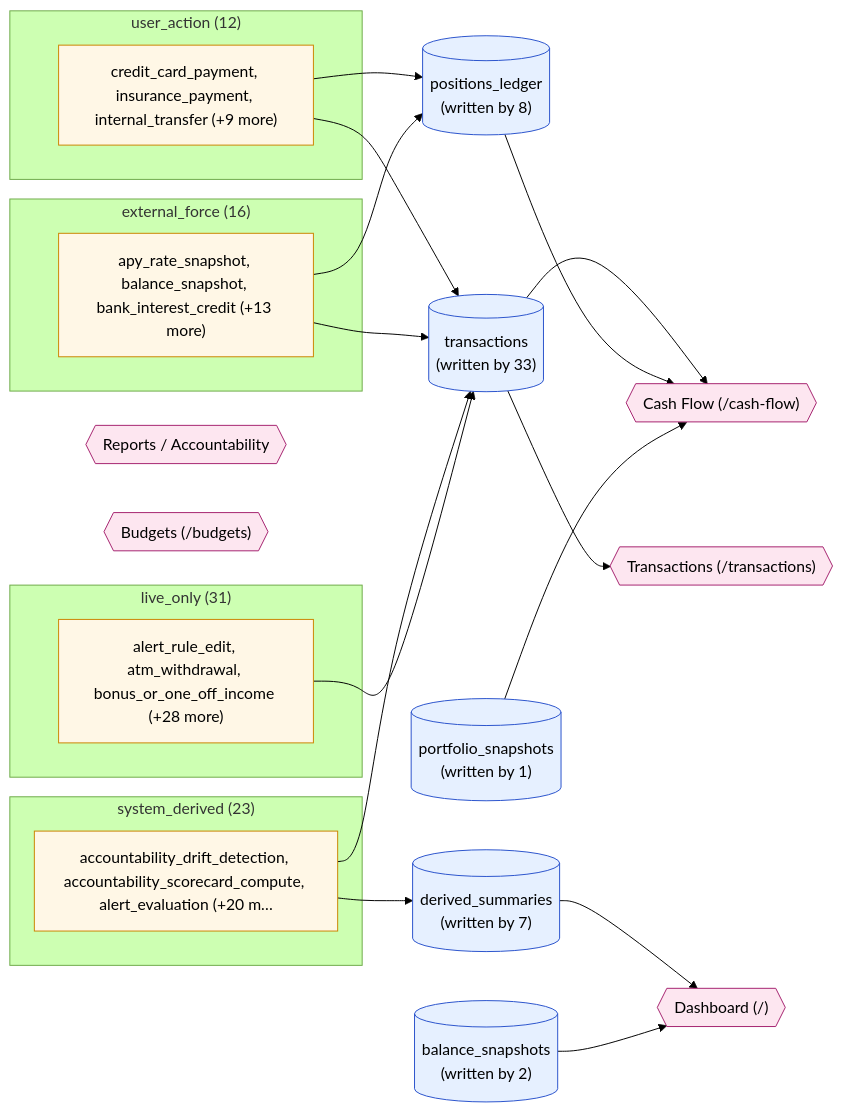
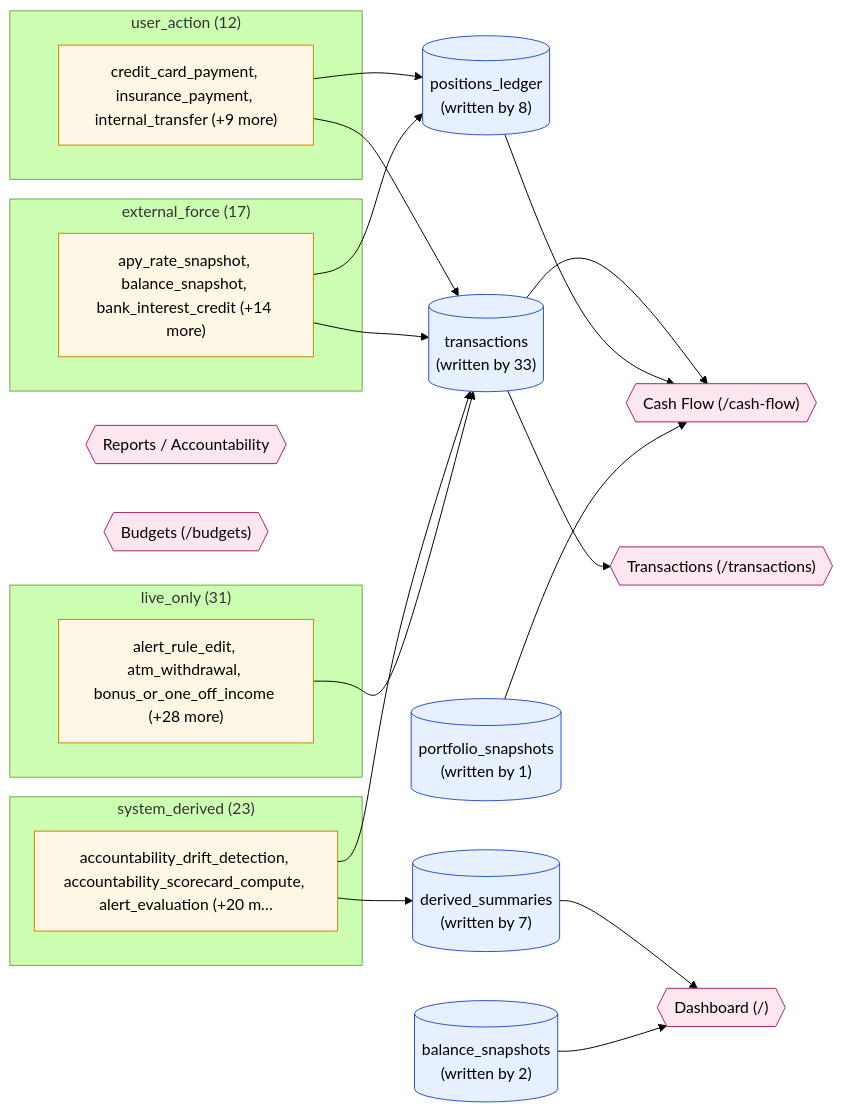
The diagram in docs/data-lineage/diagrams/_overview.mmd (wileyqe/Sentry-Finance), drawn with Mermaid (forest theme) before and after one commit. The commit also changed 31 other files, not shown here.

```diff
--- a/docs/data-lineage/diagrams/_overview.mmd
+++ b/docs/data-lineage/diagrams/_overview.mmd
@@ -1,46 +1,46 @@
 %% Auto-generated by build_diagrams.py — do not edit by hand.
 %% Sentry Finance — Data Lineage Overview (Phase 4)
 %% Four event classes → dominant write tables → top UI surfaces.
 graph LR
   subgraph sg_cls_user_action["user_action  (12)"]
     cls_user_action["credit_card_payment, insurance_payment, internal_transfer (+9 more)"]
   end
-  subgraph sg_cls_external_force["external_force  (16)"]
-    cls_external_force["apy_rate_snapshot, balance_snapshot, bank_interest_credit (+13 more)"]
+  subgraph sg_cls_external_force["external_force  (17)"]
+    cls_external_force["apy_rate_snapshot, balance_snapshot, bank_interest_credit (+14 more)"]
   end
   subgraph sg_cls_system_derived["system_derived  (23)"]
     cls_system_derived["accountability_drift_detection, accountability_scorecard_compute, alert_evaluation (+20 m…"]
   end
   subgraph sg_cls_live_only["live_only  (31)"]
     cls_live_only["alert_rule_edit, atm_withdrawal, bonus_or_one_off_income (+28 more)"]
   end
   tbl_transactions[("transactions<br/>(written by 33)")]
   tbl_positions_ledger[("positions_ledger<br/>(written by 8)")]
   tbl_derived_summaries[("derived_summaries<br/>(written by 7)")]
   tbl_balance_snapshots[("balance_snapshots<br/>(written by 2)")]
   tbl_portfolio_snapshots[("portfolio_snapshots<br/>(written by 1)")]
   cls_user_action --> tbl_transactions
   cls_user_action --> tbl_positions_ledger
   cls_external_force --> tbl_positions_ledger
   cls_external_force --> tbl_transactions
   cls_system_derived --> tbl_derived_summaries
   cls_system_derived --> tbl_transactions
   cls_live_only --> tbl_transactions
   ui_Cash_Flow_cash_flow{{"Cash Flow (/cash-flow)"}}
   ui_Transactions_transactions{{"Transactions (/transactions)"}}
   ui_Dashboard{{"Dashboard (/)"}}
   ui_Reports_Accountability{{"Reports / Accountability"}}
   ui_Budgets_budgets{{"Budgets (/budgets)"}}
   tbl_transactions --> ui_Cash_Flow_cash_flow
   tbl_transactions --> ui_Transactions_transactions
   tbl_positions_ledger --> ui_Cash_Flow_cash_flow
   tbl_derived_summaries --> ui_Dashboard
   tbl_balance_snapshots --> ui_Dashboard
   tbl_portfolio_snapshots --> ui_Cash_Flow_cash_flow
 
   classDef cls fill:#fff7e6,stroke:#cc8400,stroke-width:1px;
   classDef table fill:#e6f0ff,stroke:#2952cc,stroke-width:1px;
   classDef ui fill:#fde6f0,stroke:#a5226f,stroke-width:1px;
   class cls_user_action,cls_external_force,cls_system_derived,cls_live_only cls;
   class tbl_transactions,tbl_positions_ledger,tbl_derived_summaries,tbl_balance_snapshots,tbl_portfolio_snapshots table;
   class ui_Cash_Flow_cash_flow,ui_Transactions_transactions,ui_Dashboard,ui_Reports_Accountability,ui_Budgets_budgets ui;
```
